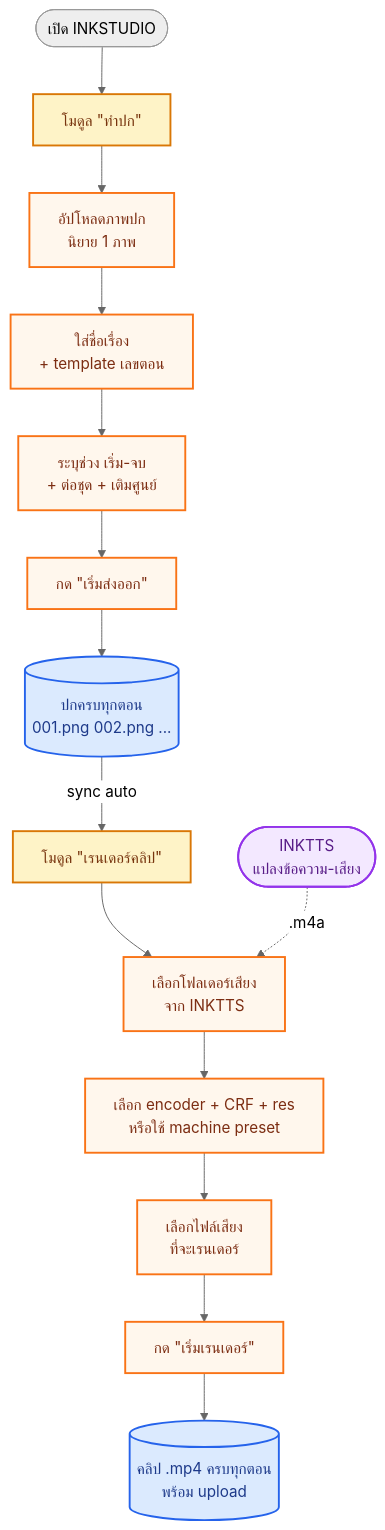
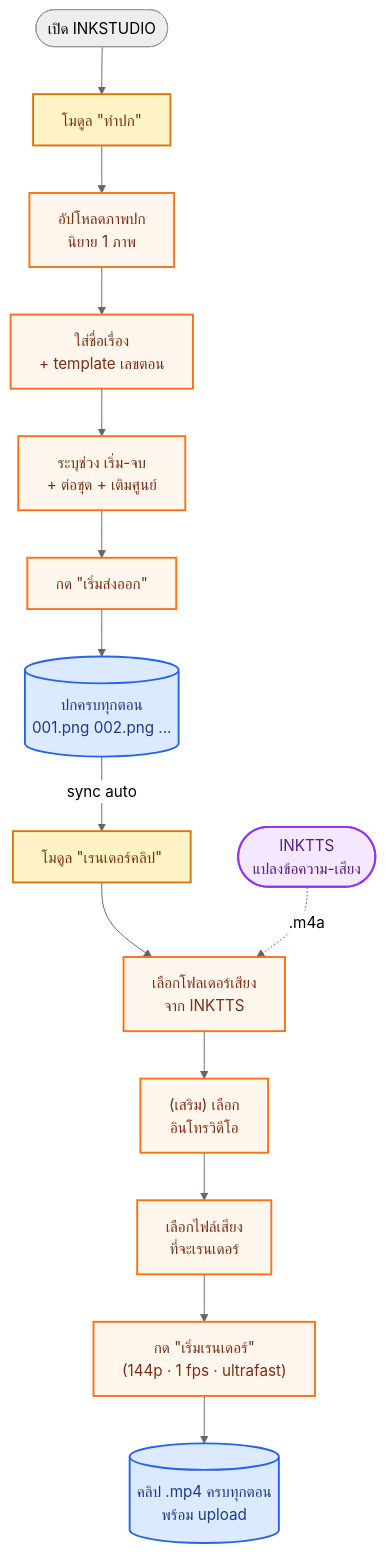
Before and after one commit to snibzyz/inkstudio: the first of 7 diagrams in README.md, drawn with Mermaid (neutral theme). The commit also changed other lines of this file and 2 other files, not shown here.

````diff
--- a/README.md
+++ b/README.md
@@ -78,30 +78,30 @@
 ```mermaid
 flowchart TD
     Start(["เปิด INKSTUDIO"]) --> Cover["โมดูล &quot;ทำปก&quot;"]
 
     Cover --> Upload["อัปโหลดภาพปก<br/>นิยาย 1 ภาพ"]
     Upload --> Title["ใส่ชื่อเรื่อง<br/>+ template เลขตอน"]
     Title --> Range["ระบุช่วง เริ่ม-จบ<br/>+ ต่อชุด + เติมศูนย์"]
     Range --> ExportC["กด &quot;เริ่มส่งออก&quot;"]
     ExportC --> Covers[("ปกครบทุกตอน<br/>001.png 002.png ...")]
 
     Covers -->|"sync auto"| Render["โมดูล &quot;เรนเดอร์คลิป&quot;"]
 
     Render --> AudioPick["เลือกโฟลเดอร์เสียง<br/>จาก INKTTS"]
-    AudioPick --> Encoder["เลือก encoder + CRF + res<br/>หรือใช้ machine preset"]
-    Encoder --> Files["เลือกไฟล์เสียง<br/>ที่จะเรนเดอร์"]
-    Files --> RunR["กด &quot;เริ่มเรนเดอร์&quot;"]
+    AudioPick --> Intro["(เสริม) เลือก<br/>อินโทรวิดีโอ"]
+    Intro --> Files["เลือกไฟล์เสียง<br/>ที่จะเรนเดอร์"]
+    Files --> RunR["กด &quot;เริ่มเรนเดอร์&quot;<br/>(144p · 1 fps · ultrafast)"]
     RunR --> Clips[("คลิป .mp4 ครบทุกตอน<br/>พร้อม upload")]
 
     INKTTS(["INKTTS<br/>แปลงข้อความ-เสียง"]) -.->|".m4a"| AudioPick
 
     classDef step fill:#fff7ed,stroke:#f97316,stroke-width:2px,color:#7c2d12
     classDef tool fill:#fef3c7,stroke:#d97706,stroke-width:2px,color:#78350f
     classDef result fill:#dbeafe,stroke:#2563eb,stroke-width:2px,color:#1e3a8a
     classDef external fill:#f3e8ff,stroke:#9333ea,stroke-width:2px,color:#581c87
 
-    class Upload,Title,Range,ExportC,AudioPick,Encoder,Files,RunR step
+    class Upload,Title,Range,ExportC,AudioPick,Intro,Files,RunR step
     class Cover,Render tool
     class Covers,Clips result
     class INKTTS external
 ```
````
